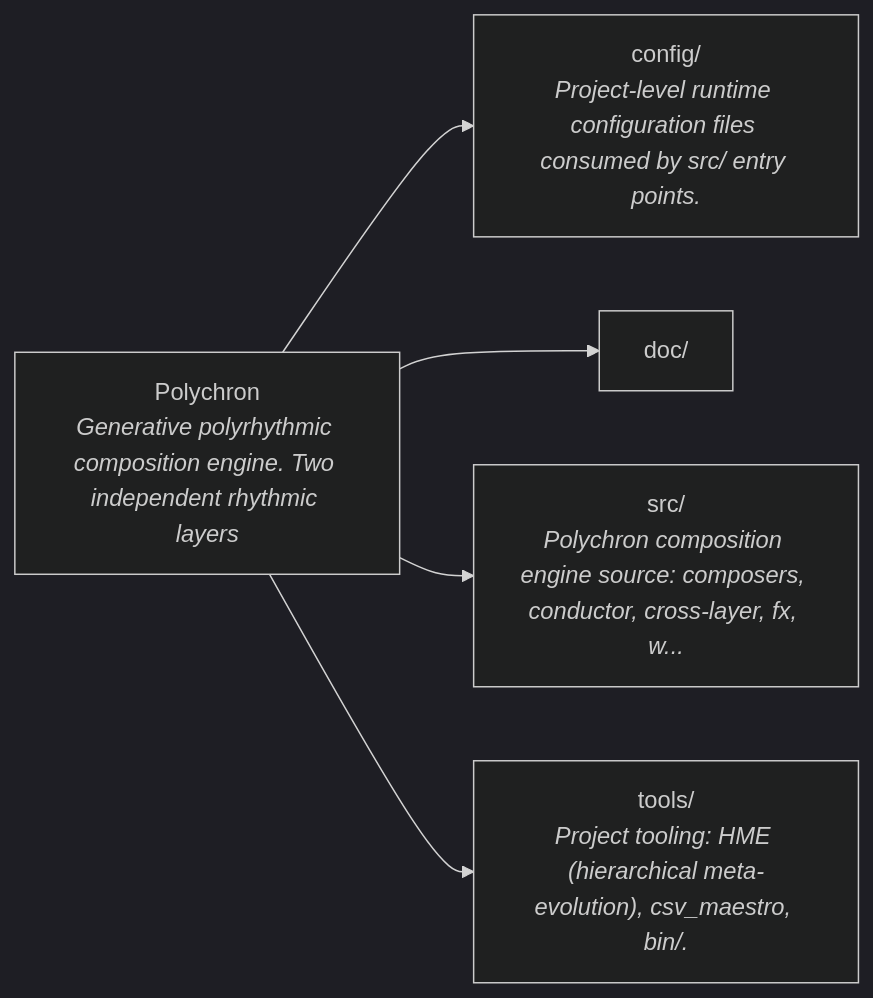
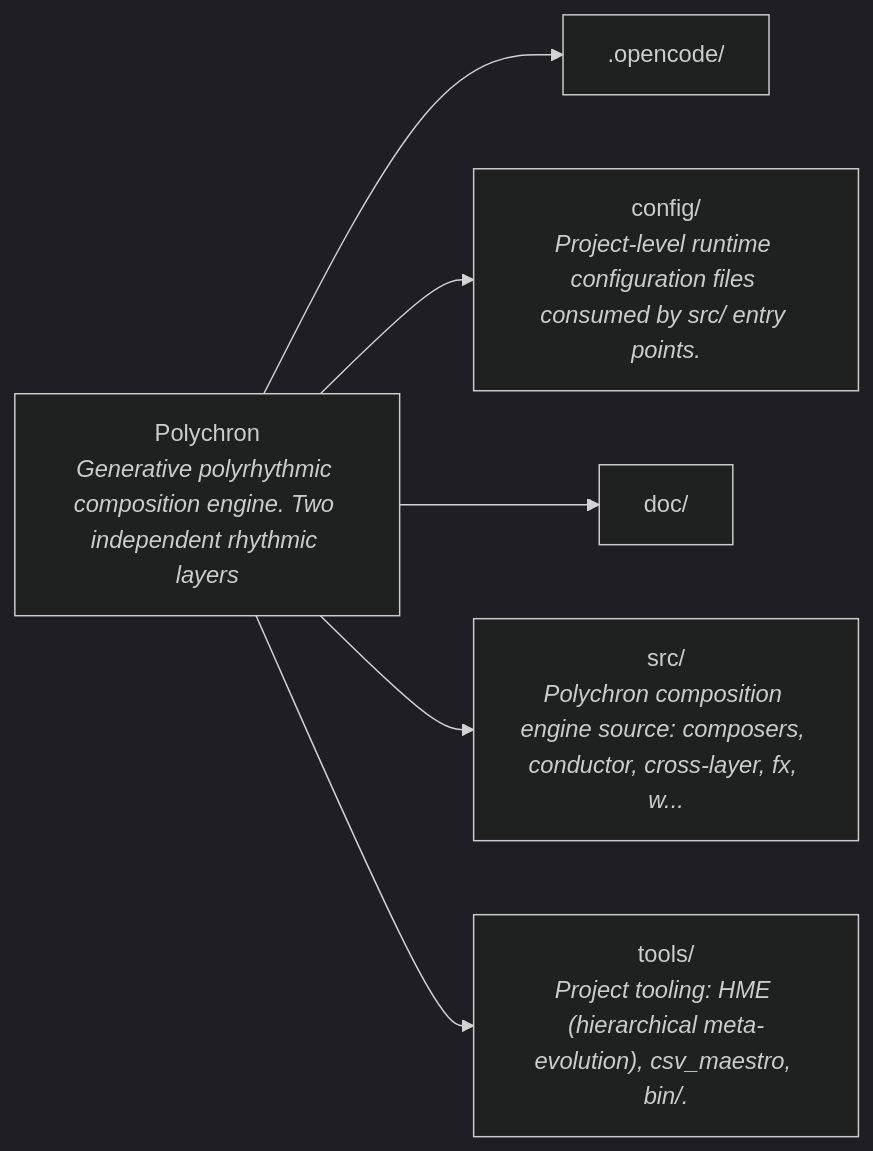
The first of 5 diagrams in README.md (PolychronMidi/Polychron), drawn with Mermaid (dark theme) before and after one commit. The commit also changed other lines of this file and 2 other files, not shown here.

````diff
--- a/README.md
+++ b/README.md
@@ -58,12 +58,14 @@
 ```mermaid
 flowchart LR
     root["Polychron<br/><i>Generative polyrhythmic composition engine. Two independent rhythmic layers</i>"]
+    _opencode[".opencode/"]
+    root --> _opencode
     config["config/<br/><i>Project-level runtime configuration files consumed by src/ entry points.</i>"]
     root --> config
     doc["doc/"]
     root --> doc
     src["src/<br/><i>Polychron composition engine source: composers, conductor, cross-layer, fx, w...</i>"]
     root --> src
     tools["tools/<br/><i>Project tooling: HME (hierarchical meta-evolution), csv_maestro, bin/.</i>"]
     root --> tools
 ```
````
